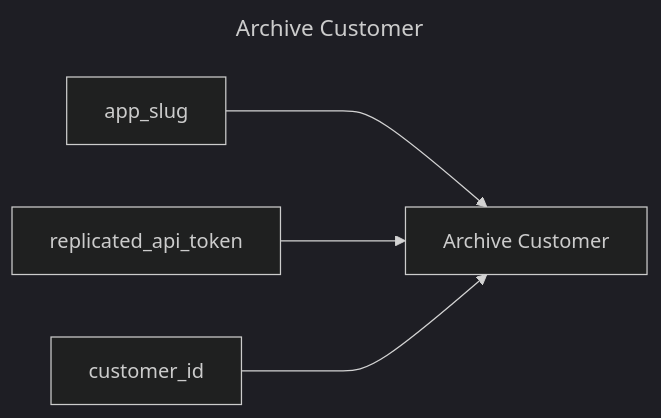
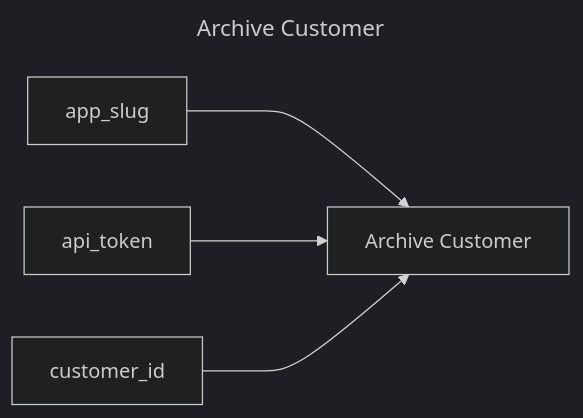
One commit to replicatedhq/replicated-actions changed the diagram in archive-customer/README.md. Above: the diagram before and after it, drawn with Mermaid (dark theme). The commit also changed other lines of this file and 40 other files, not shown here.

Commit message:
Renaming replicated-api-token to api-token

````diff
--- a/archive-customer/README.md
+++ b/archive-customer/README.md
@@ -3,10 +3,10 @@
 ```mermaid
 ---
 title: Archive Customer
 ---
 graph LR
 archive_customer["Archive Customer"]
 app_slug ---> archive_customer
-replicated_api_token ---> archive_customer
+api_token ---> archive_customer
 customer_id ---> archive_customer
 ```
````
